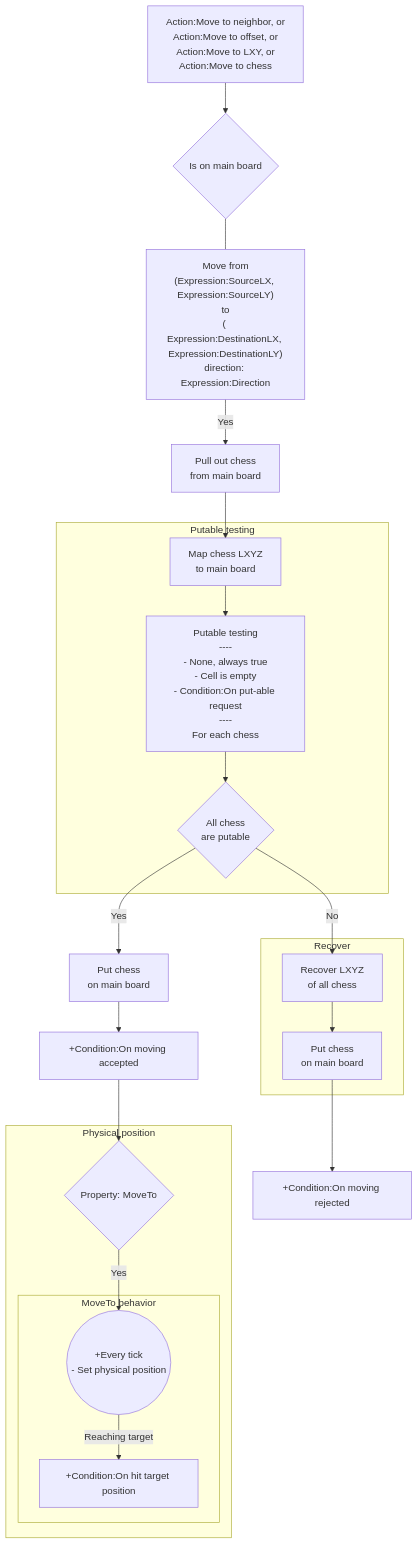
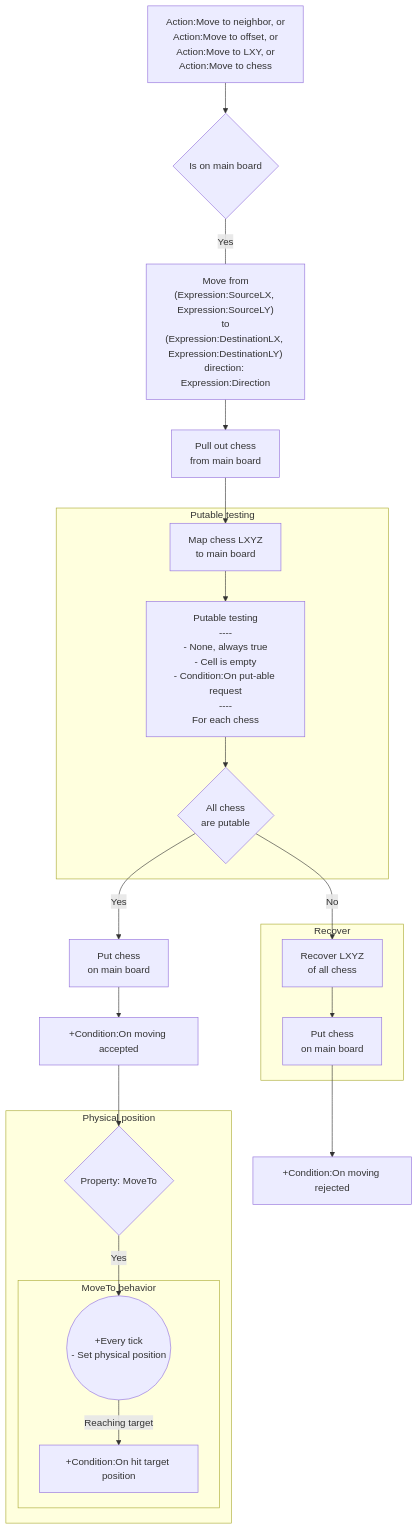
The diagram in plugins.md/rex_miniboard_move.md (rexrainbow/C2RexDoc), drawn with Mermaid before and after one commit. The commit also changed other lines of this file and 1 other file, not shown here.

````diff
--- a/plugins.md/rex_miniboard_move.md
+++ b/plugins.md/rex_miniboard_move.md
@@ -24,35 +24,35 @@
 ```mermaid
 graph TB
 
 RequestPut["Action:Move to neighbor, or<br>Action:Move to offset, or<br>Action:Move to LXY, or<br>Action:Move to chess"] --> IsOnMainBoard{"Is on main board"}
-IsOnMainBoard --- TargetLXYZ["Move from<br>(Expression:SourceLX, Expression:SourceLY)<br>to<br>( Expression:DestinationLX, Expression:DestinationLY)<br>direction: Expression:Direction"]
-TargetLXYZ --> |Yes| PullOut["Pull out chess<br>from main board"]
+IsOnMainBoard --- |Yes| TargetLXYZ["Move from<br>(Expression:SourceLX, Expression:SourceLY)<br>to<br>(Expression:DestinationLX, Expression:DestinationLY)<br>direction: Expression:Direction"]
+TargetLXYZ --> PullOut["Pull out chess<br>from main board"]
 
 PullOut --> PositionOnMainboard["Map chess LXYZ<br>to main board"]
 
 subgraph Putable testing
 PositionOnMainboard --> PutableTesting["Putable testing<br>----<br>- None, always true<br>- Cell is empty<br>- Condition:On put-able request<br>----<br>For each chess"]
 PutableTesting --> AllChessPutable{"All chess<br>are putable"}
 end
 
 AllChessPutable --> |Yes| PutChess0["Put chess<br>on main board"]
 AllChessPutable --> |No| RecoverLXYZ["Recover LXYZ<br>of all chess"]
 
 subgraph Recover
 RecoverLXYZ --> PutChess1["Put chess<br>on main board"]
 end
 
 
 PutChess0 --> CondOnAccepted["+Condition:On moving accepted"]
 PutChess1 --> CondOnRejected["+Condition:On moving rejected"]
 
 CondOnAccepted --> MoveTo{Property: MoveTo}
 
 subgraph Physical position
 MoveTo --> |Yes| Moving((+Every tick<br>- Set physical position))
 subgraph MoveTo behavior
 Moving --> |Reaching target| OnHitTarget[+Condition:On hit target position]
 end
 
 end
 ```
````
